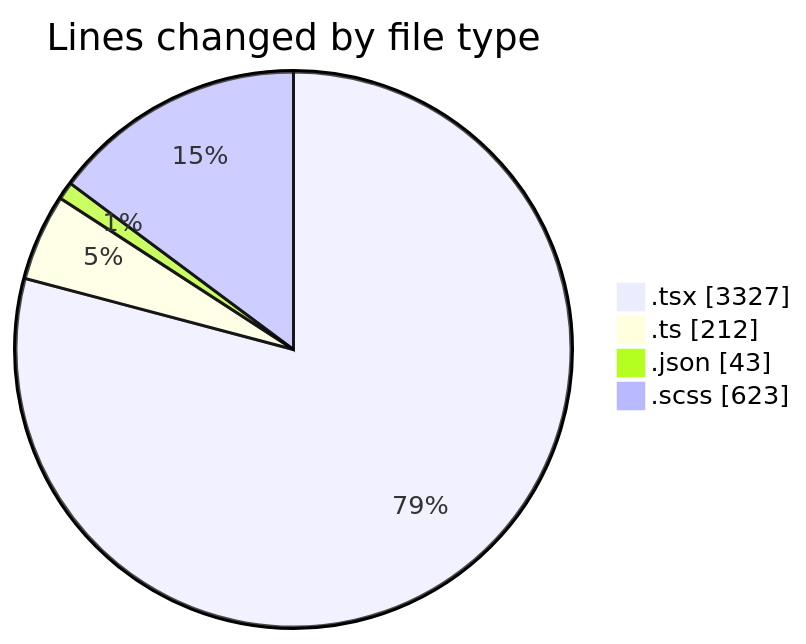
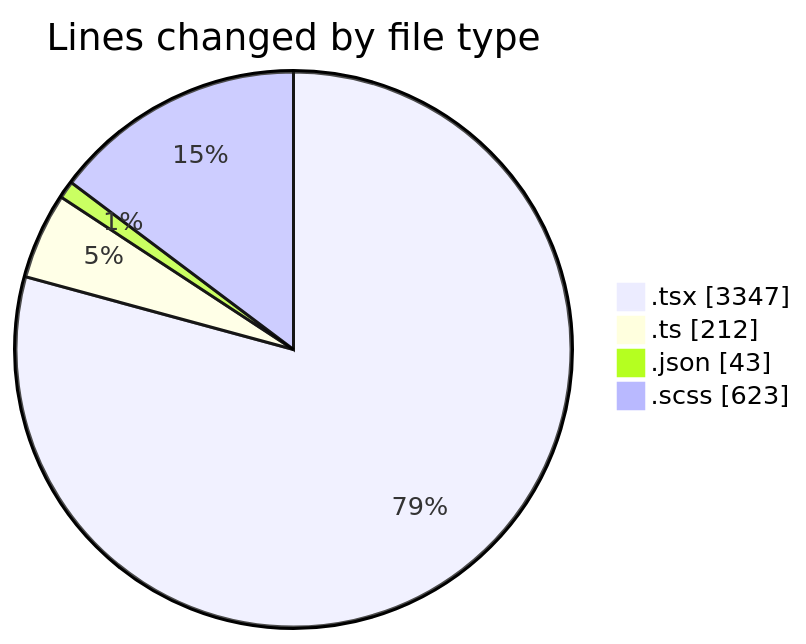
One commit to momahboobian/code-tracking changed the first of 2 diagrams in 2025-09-23/cda/README.md. Above: the diagram before and after it, drawn with Mermaid. The commit also changed other lines of this file and 1 other file, not shown here.

````diff
--- a/2025-09-23/cda/README.md
+++ b/2025-09-23/cda/README.md
@@ -31,8 +31,8 @@
 ```mermaid
 pie showData
 title Lines changed by file type
-".tsx" : 3327
+".tsx" : 3347
 ".ts" : 212
 ".json" : 43
 ".scss" : 623
 ```
````
